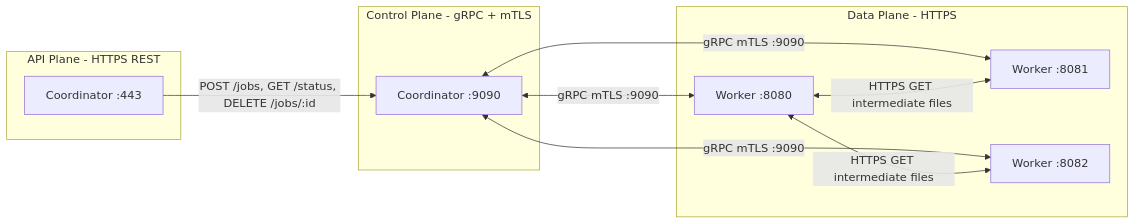
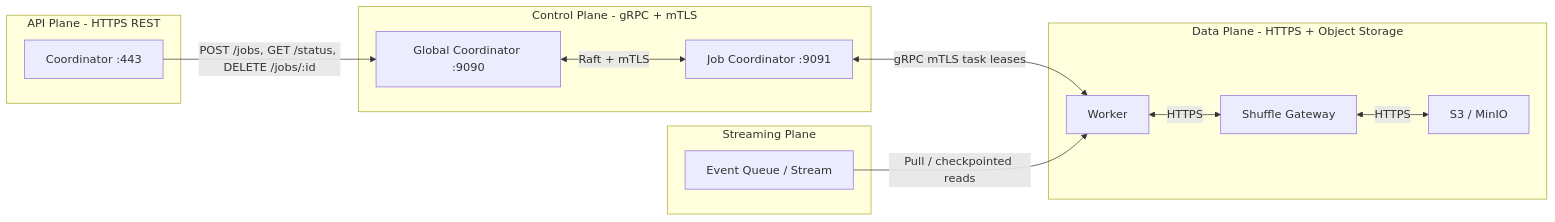
The second of 29 diagrams in docs/FRIEN_ARCHITECTURE.md (prateekpurohit13/frien), drawn with Mermaid before and after one commit. The commit also changed other lines of this file, not shown here.

````diff
--- a/docs/FRIEN_ARCHITECTURE.md
+++ b/docs/FRIEN_ARCHITECTURE.md
@@ -248,21 +258,25 @@
 ```mermaid
 graph LR
     subgraph "Control Plane - gRPC + mTLS"
-        C[Coordinator :9090]
+        C[Global Coordinator :9090]
+        JC[Job Coordinator :9091]
     end
-    subgraph "Data Plane - HTTPS"
-        W1[Worker :8080]
-        W2[Worker :8081]
-        W3[Worker :8082]
+    subgraph "Data Plane - HTTPS + Object Storage"
+        W1[Worker]
+        SH[Shuffle Gateway]
+        S3[S3 / MinIO]
+    end
+    subgraph "Streaming Plane"
+        Q[Event Queue / Stream]
     end
     subgraph "API Plane - HTTPS REST"
         API[Coordinator :443]
     end
 
-    C <-->|gRPC mTLS :9090| W1
-    C <-->|gRPC mTLS :9090| W2
-    C <-->|gRPC mTLS :9090| W3
-    W1 <-->|HTTPS GET intermediate files| W2
-    W1 <-->|HTTPS GET intermediate files| W3
+    C <-->|Raft + mTLS| JC
+    JC <-->|gRPC mTLS task leases| W1
+    W1 <-->|HTTPS| SH
+    SH <-->|HTTPS| S3
+    Q -->|Pull / checkpointed reads| W1
     API -->|POST /jobs, GET /status, DELETE /jobs/:id| C
 ```
````
